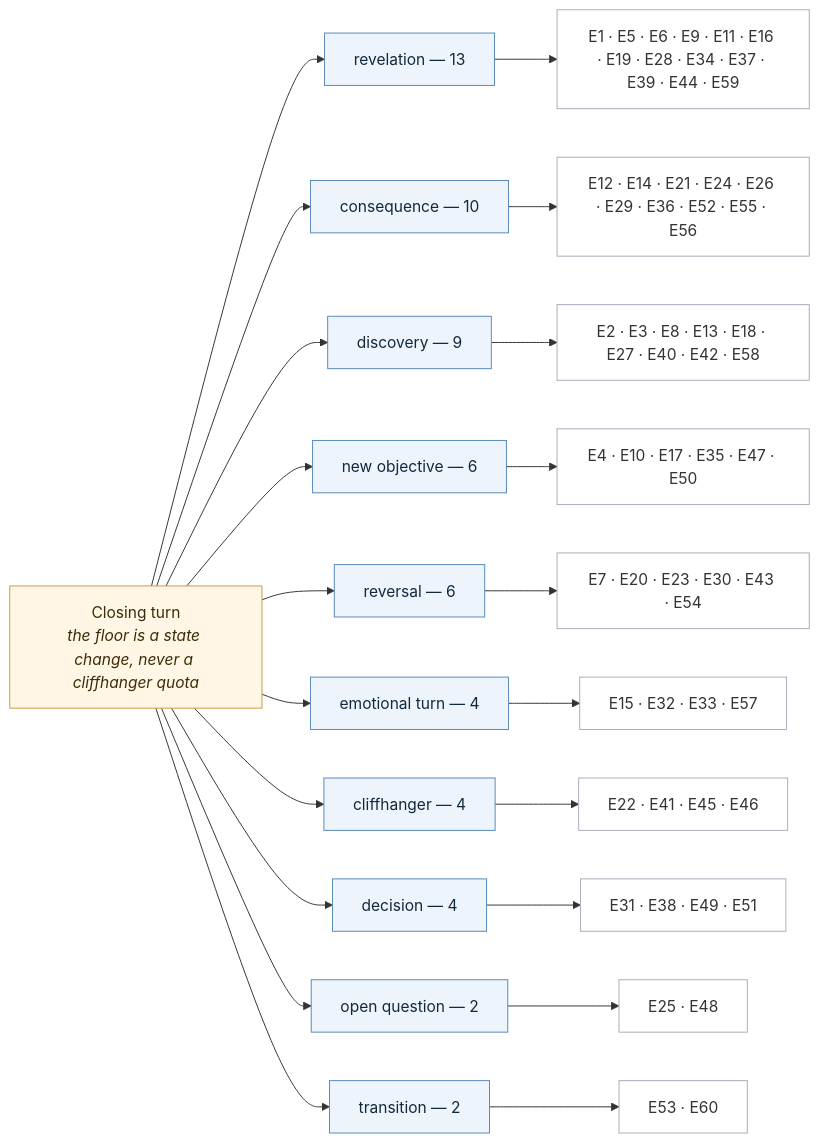
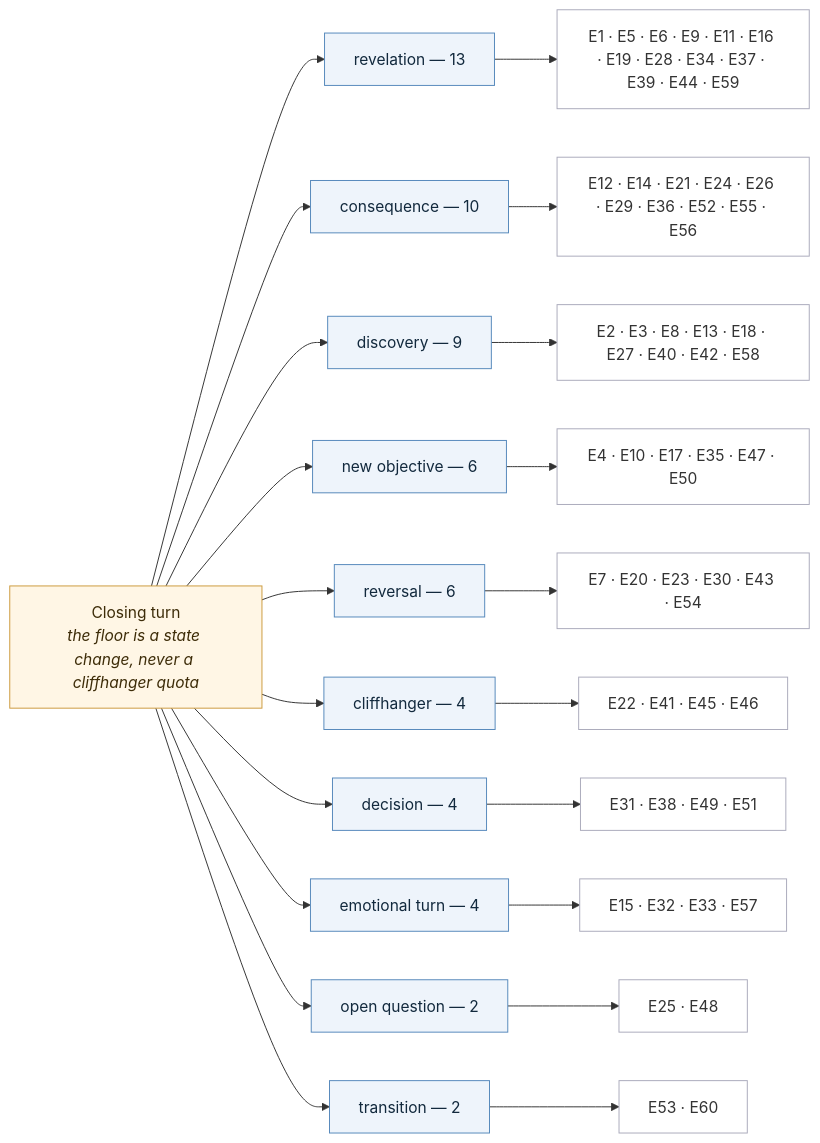
Before and after one commit to Coaden/half-spoken-vow: the seventh of 8 diagrams in WorldState/BookOneNarrativeFlow.md, drawn with Mermaid. The commit also changed other lines of this file and 1 other file, not shown here.

First line of the commit message:
Move narrative flow atlas generator into Scripts

````diff
--- a/WorldState/BookOneNarrativeFlow.md
+++ b/WorldState/BookOneNarrativeFlow.md
@@ -459,59 +463,59 @@
 ```mermaid
 flowchart LR
   classDef hd fill:#fff6e5,stroke:#cc9a3d,color:#3d2c08;
   classDef t fill:#eef4fb,stroke:#5588bb,color:#12293d;
   classDef ep fill:#ffffff,stroke:#aab,color:#333;
   H["Closing turn<br/><i>the floor is a state change, never a cliffhanger quota</i>"]
   T0["revelation — 13"]
   H --> T0
   T0_e["E1 · E5 · E6 · E9 · E11 · E16 · E19 · E28 · E34 · E37 · E39 · E44 · E59"]
   T0 --> T0_e
   class T0_e ep;
   T1["consequence — 10"]
   H --> T1
   T1_e["E12 · E14 · E21 · E24 · E26 · E29 · E36 · E52 · E55 · E56"]
   T1 --> T1_e
   class T1_e ep;
   T2["discovery — 9"]
   H --> T2
   T2_e["E2 · E3 · E8 · E13 · E18 · E27 · E40 · E42 · E58"]
   T2 --> T2_e
   class T2_e ep;
   T3["new objective — 6"]
   H --> T3
   T3_e["E4 · E10 · E17 · E35 · E47 · E50"]
   T3 --> T3_e
   class T3_e ep;
   T4["reversal — 6"]
   H --> T4
   T4_e["E7 · E20 · E23 · E30 · E43 · E54"]
   T4 --> T4_e
   class T4_e ep;
-  T5["emotional turn — 4"]
+  T5["cliffhanger — 4"]
   H --> T5
-  T5_e["E15 · E32 · E33 · E57"]
+  T5_e["E22 · E41 · E45 · E46"]
   T5 --> T5_e
   class T5_e ep;
-  T6["cliffhanger — 4"]
+  T6["decision — 4"]
   H --> T6
-  T6_e["E22 · E41 · E45 · E46"]
+  T6_e["E31 · E38 · E49 · E51"]
   T6 --> T6_e
   class T6_e ep;
-  T7["decision — 4"]
+  T7["emotional turn — 4"]
   H --> T7
-  T7_e["E31 · E38 · E49 · E51"]
+  T7_e["E15 · E32 · E33 · E57"]
   T7 --> T7_e
   class T7_e ep;
   T8["open question — 2"]
   H --> T8
   T8_e["E25 · E48"]
   T8 --> T8_e
   class T8_e ep;
   T9["transition — 2"]
   H --> T9
   T9_e["E53 · E60"]
   T9 --> T9_e
   class T9_e ep;
   class H hd;
   class T0,T1,T2,T3,T4,T5,T6,T7,T8,T9 t;
 ```
````
